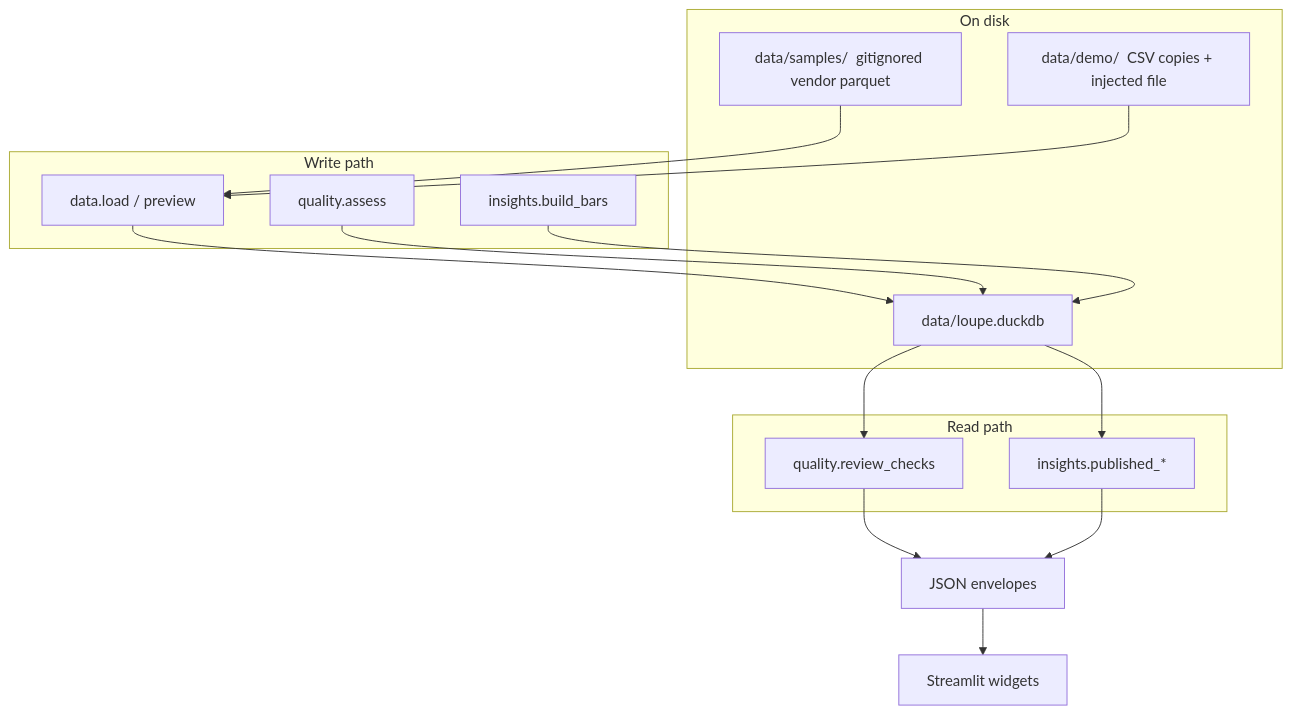
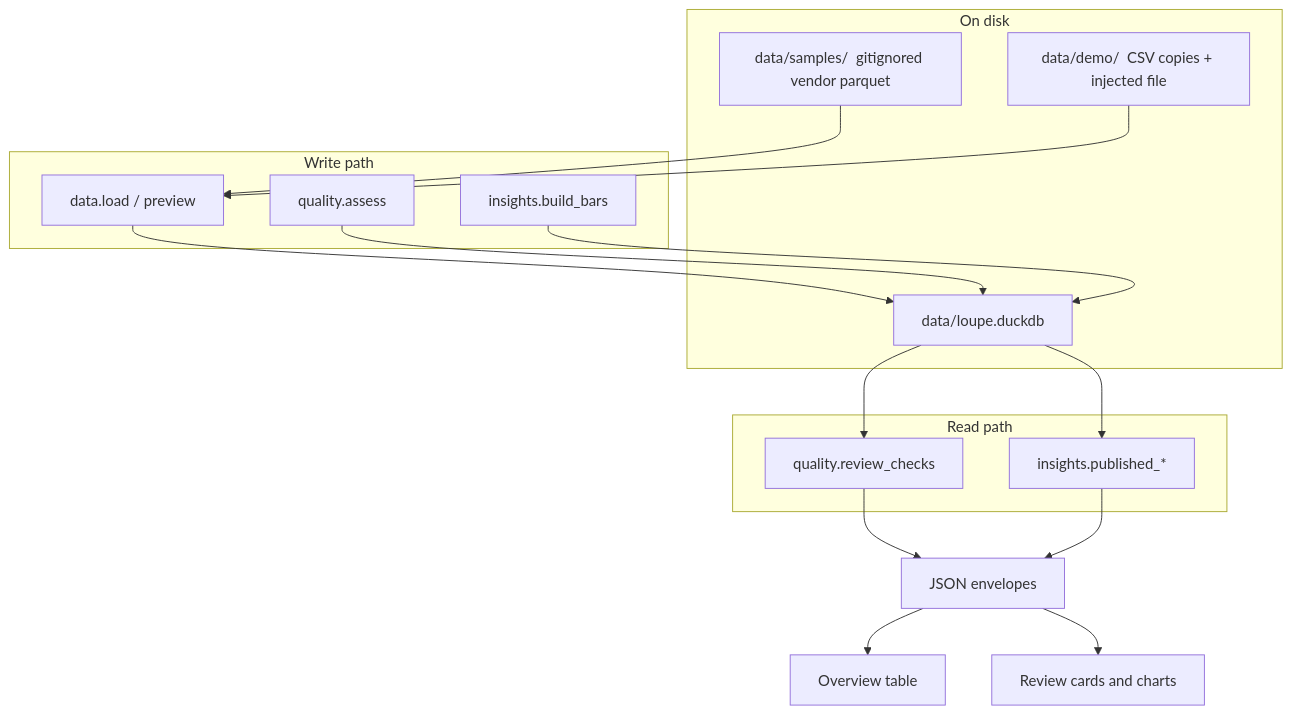
Before and after one commit to shu-y-codes/loupe: diagram 11 of 11 in docs/how-loupe-works.md, drawn with Mermaid. The commit also changed other lines of this file and 8 other files, not shown here.

````diff
--- a/docs/how-loupe-works.md
+++ b/docs/how-loupe-works.md
@@ -690,30 +757,31 @@
 ```mermaid
 flowchart TB
   subgraph files [On disk]
     Samples["data/samples/  gitignored vendor parquet"]
     DemoCSV["data/demo/  CSV copies + injected file"]
     DB["data/loupe.duckdb"]
   end
 
   subgraph writePath [Write path]
     Ingest[data.load / preview]
     Rules[quality.assess]
     Bars[insights.build_bars]
   end
 
   subgraph readPath [Read path]
     Checks[quality.review_checks]
     Pub[insights.published_*]
   end
 
   Samples --> Ingest
   DemoCSV --> Ingest
   Ingest --> DB
   Rules --> DB
   Bars --> DB
   DB --> Checks
   DB --> Pub
   Checks --> HTTP[JSON envelopes]
   Pub --> HTTP
-  HTTP --> ST[Streamlit widgets]
+  HTTP --> OV[Overview table]
+  HTTP --> RV[Review cards and charts]
 ```
````
